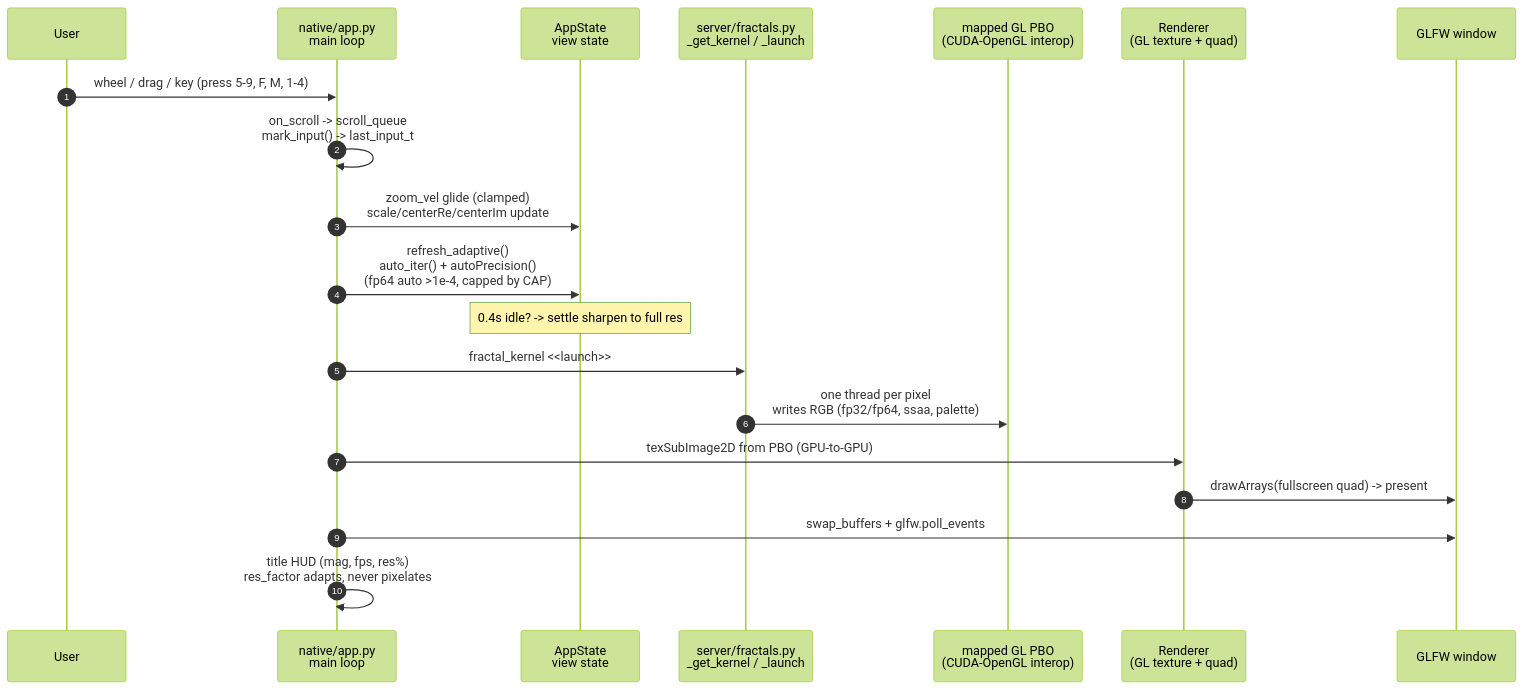
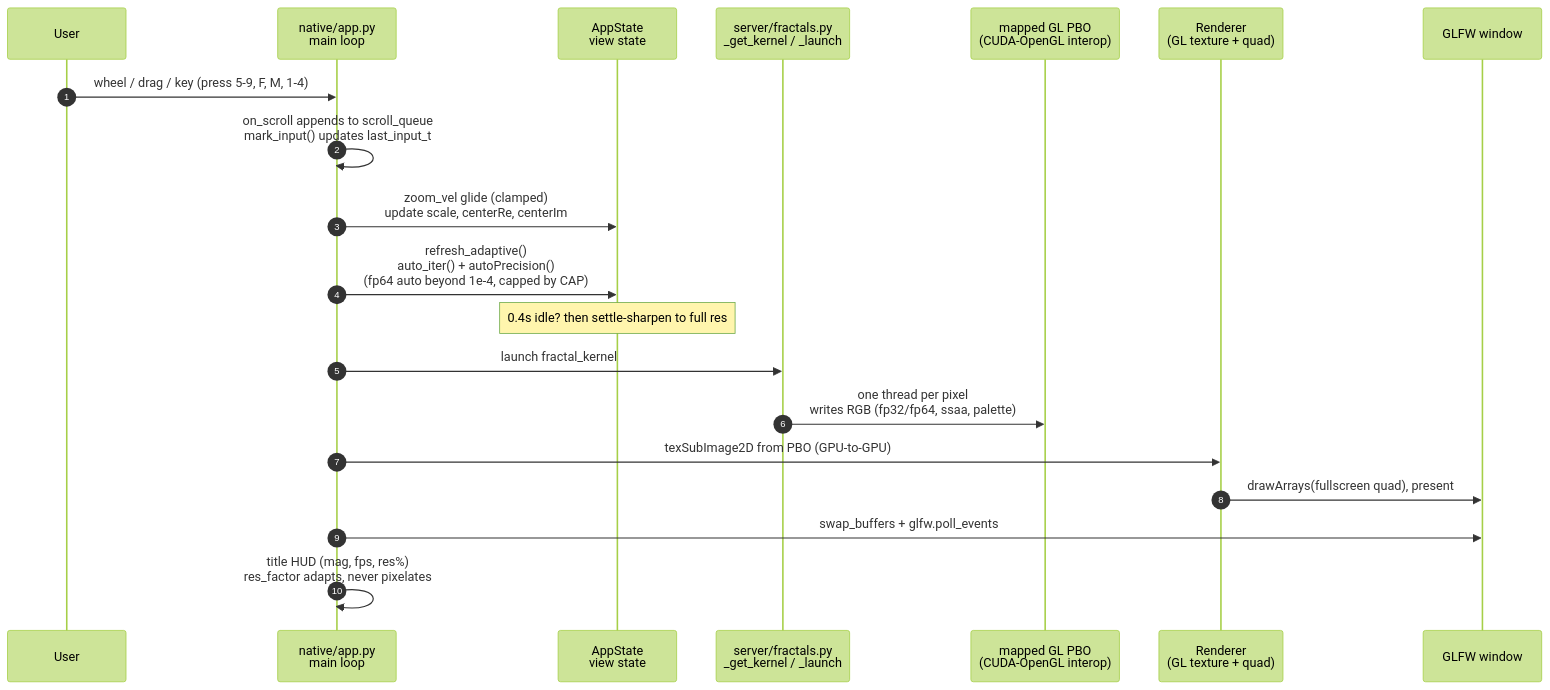
Before and after one commit to uvwxe/fractals-with-cuda: the first of 2 diagrams in README.md, drawn with Mermaid (forest theme). The commit also changed other lines of this file, not shown here.

Commit message:
docs: fix mermaid diagrams for GitHub — strip reserved tokens
GitHub mermaid rejects '->' inside message text (parsed as arrows) and
'<<launch>>' ('<<' is a reserved sequence marker). Rewrote both diagrams
with arrow-free message text (e.g. 'launch fractal_kernel', 'returns RGB')
and parens instead of braces for (seq, settle).

````diff
--- a/README.md
+++ b/README.md
@@ -100,23 +100,23 @@
 ```mermaid
 sequenceDiagram
     autonumber
     participant User
     participant App as native/app.py<br/>main loop
     participant State as AppState<br/>view state
     participant K as server/fractals.py<br/>_get_kernel / _launch
     participant PBO as mapped GL PBO<br/>(CUDA-OpenGL interop)
     participant GL as Renderer<br/>(GL texture + quad)
     participant Win as GLFW window
 
     User->>App: wheel / drag / key (press 5-9, F, M, 1-4)
-    App->>App: on_scroll -> scroll_queue<br/>mark_input() -> last_input_t
-    App->>State: zoom_vel glide (clamped)<br/>scale/centerRe/centerIm update
-    App->>State: refresh_adaptive()<br/>auto_iter() + autoPrecision()<br/>(fp64 auto >1e-4, capped by CAP)
-    Note over State: 0.4s idle? -> settle sharpen to full res
-    App->>K: fractal_kernel <<launch>>
+    App->>App: on_scroll appends to scroll_queue<br/>mark_input() updates last_input_t
+    App->>State: zoom_vel glide (clamped)<br/>update scale, centerRe, centerIm
+    App->>State: refresh_adaptive()<br/>auto_iter() + autoPrecision()<br/>(fp64 auto beyond 1e-4, capped by CAP)
+    Note over State: 0.4s idle? then settle-sharpen to full res
+    App->>K: launch fractal_kernel
     K->>PBO: one thread per pixel<br/>writes RGB (fp32/fp64, ssaa, palette)
     App->>GL: texSubImage2D from PBO (GPU-to-GPU)
-    GL->>Win: drawArrays(fullscreen quad) -> present
+    GL->>Win: drawArrays(fullscreen quad), present
     App->>Win: swap_buffers + glfw.poll_events
     App->>App: title HUD (mag, fps, res%)<br/>res_factor adapts, never pixelates
 ```
````
